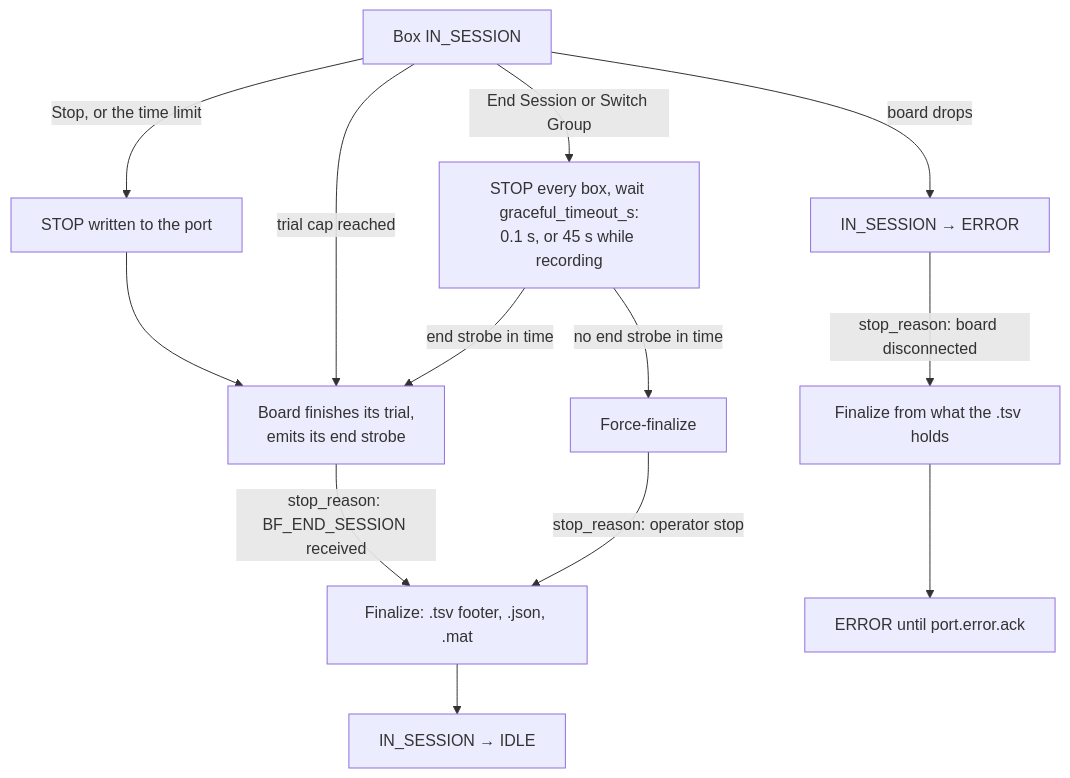
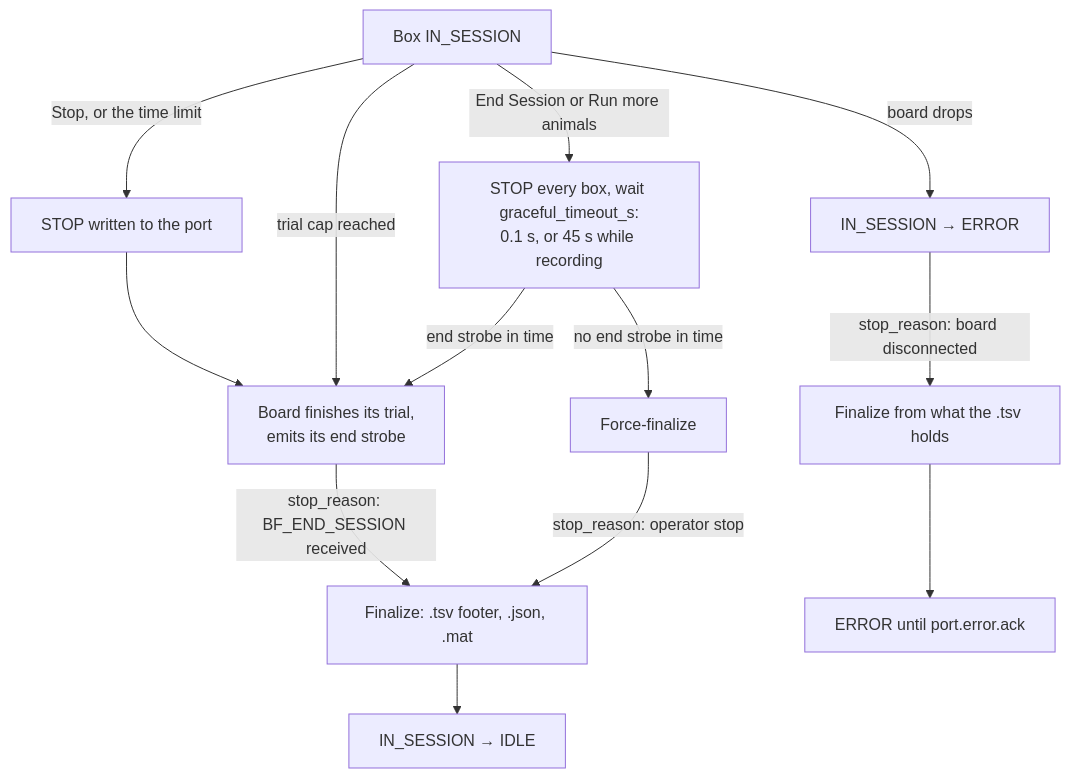
One commit to Chase-NJ/Ephymeris changed the eighth of 8 diagrams in docs/ARCHITECTURE.md. Above: the diagram before and after it, drawn with Mermaid. The commit also changed other lines of this file and 135 other files, not shown here.

````diff
--- a/docs/ARCHITECTURE.md
+++ b/docs/ARCHITECTURE.md
@@ -611,16 +619,16 @@
 ```mermaid
 flowchart TD
     running["Box IN_SESSION"]
     running -->|"Stop, or the time limit"| stop["STOP written to the port"]
     stop --> boundary["Board finishes its trial,<br/>emits its end strobe"]
     running -->|"trial cap reached"| boundary
-    running -->|"End Session or Switch Group"| endAll["STOP every box, wait graceful_timeout_s:<br/>0.1 s, or 45 s while recording"]
+    running -->|"End Session or Run more animals"| endAll["STOP every box, wait graceful_timeout_s:<br/>0.1 s, or 45 s while recording"]
     endAll -->|"end strobe in time"| boundary
     boundary -->|"stop_reason: BF_END_SESSION received"| finalize["Finalize: .tsv footer, .json, .mat"]
     endAll -->|"no end strobe in time"| forced["Force-finalize"]
     forced -->|"stop_reason: operator stop"| finalize
     finalize --> idle["IN_SESSION → IDLE"]
     running -->|"board drops"| err["IN_SESSION → ERROR"]
     err -->|"stop_reason: board disconnected"| fromTsv["Finalize from what the .tsv holds"]
     fromTsv --> ack["ERROR until port.error.ack"]
 ```
````
